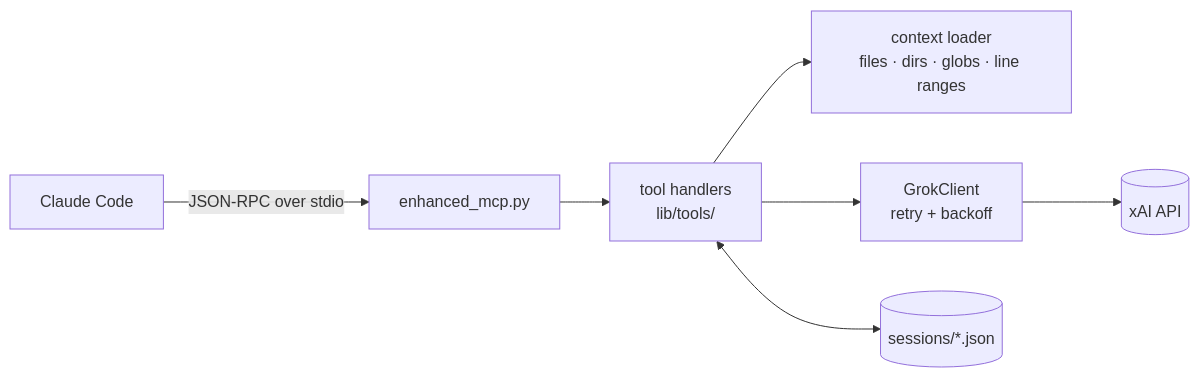
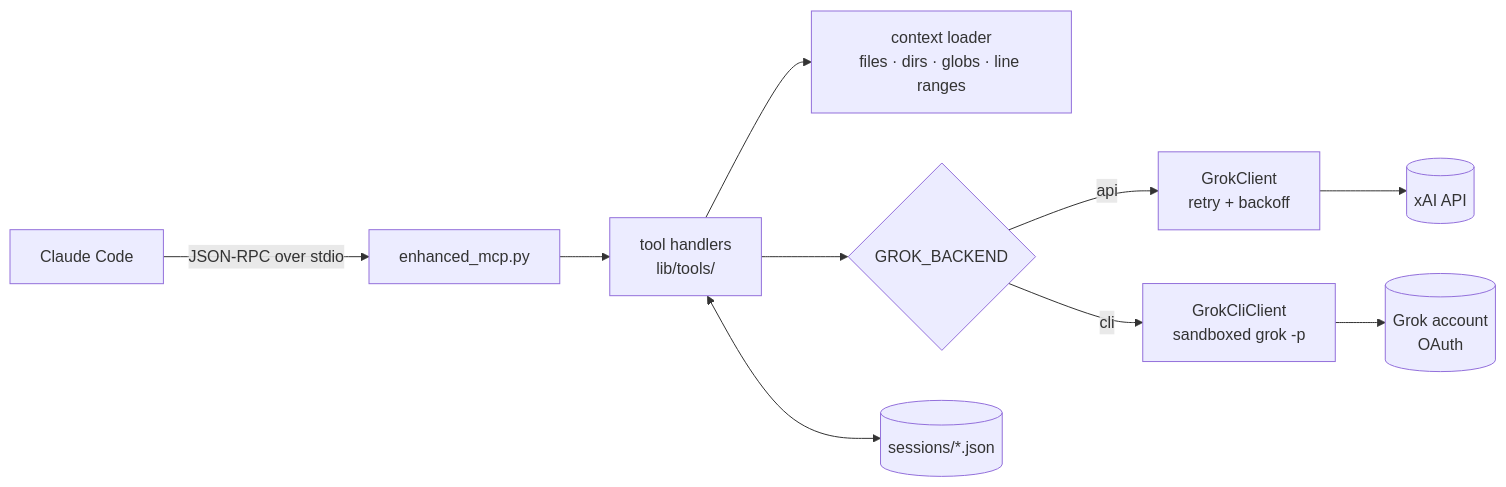
Before and after one commit to dancegit/discussWithGrokMCP: the diagram in README.md, drawn with Mermaid. The commit also changed other lines of this file and 18 other files, not shown here.

First line of the commit message:
feat: grok CLI backend for signed-in (OAuth) accounts; demo GIF

````diff
--- a/README.md
+++ b/README.md
@@ -11,9 +14,10 @@
 ```mermaid
 flowchart LR
     CC[Claude Code] -- JSON-RPC over stdio --> S[enhanced_mcp.py]
     S --> T[tool handlers<br/>lib/tools/]
     T --> L[context loader<br/>files · dirs · globs · line ranges]
-    T --> C[GrokClient<br/>retry + backoff]
-    C --> X[(xAI API)]
+    T --> F{GROK_BACKEND}
+    F -- api --> C[GrokClient<br/>retry + backoff] --> X[(xAI API)]
+    F -- cli --> G[GrokCliClient<br/>sandboxed grok -p] --> Y[(Grok account<br/>OAuth)]
     T <--> D[(sessions/*.json)]
 ```
````
